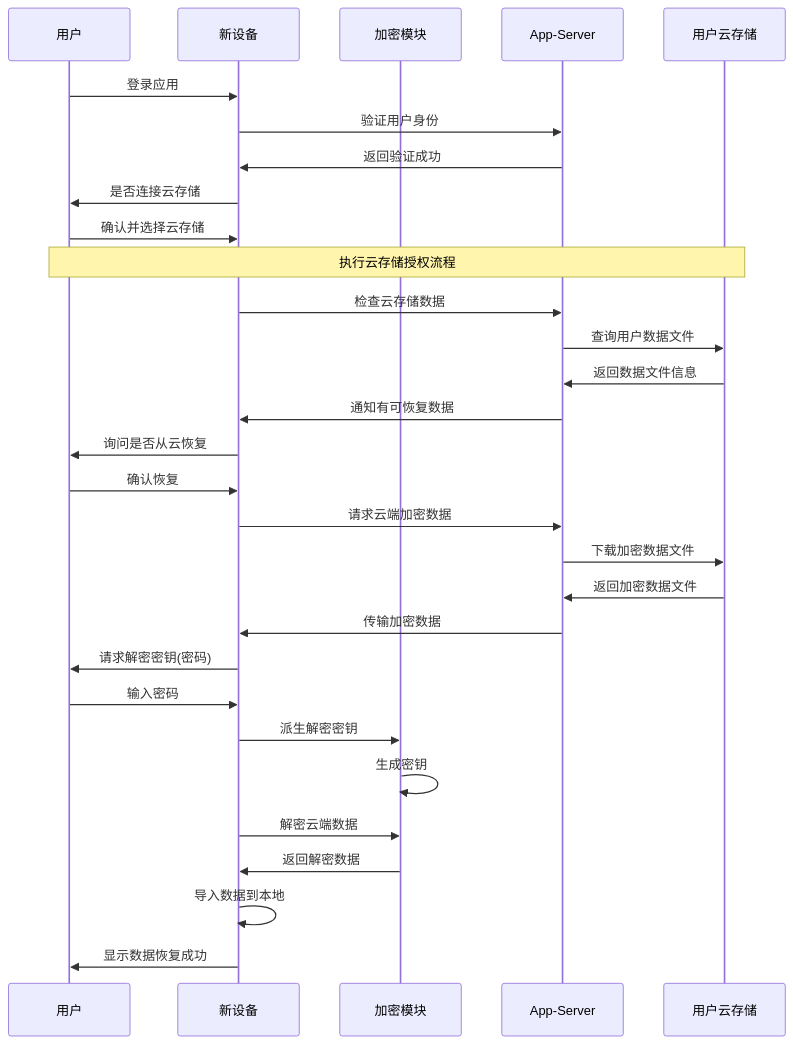
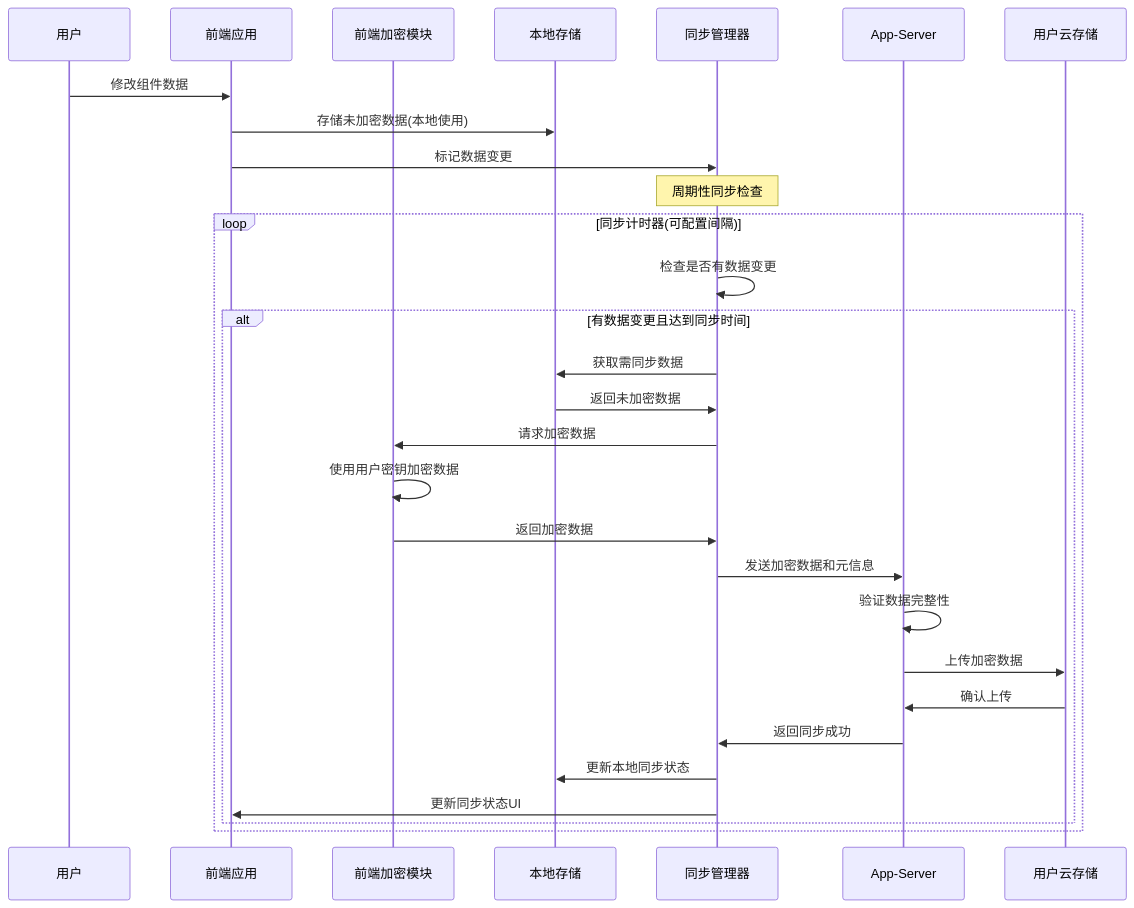
One commit to yingjianzh/iodraw-files changed the diagram in all/未命名-34.md. Above: the diagram before and after it, drawn with Mermaid.

Commit message:
2025-04-17 14:21:47 update

````diff
--- a/all/未命名-34.md
+++ b/all/未命名-34.md
@@ -1,40 +1,35 @@
 ```mermaid
 sequenceDiagram
     participant User as 用户
-    participant NewDevice as 新设备
-    participant CryptoM as 加密模块
+    participant Frontend as 前端应用
+    participant CryptoM as 前端加密模块
+    participant LocalDB as 本地存储
+    participant SyncM as 同步管理器
     participant AppServer as App-Server
     participant UserCloud as 用户云存储
     
-    User->>NewDevice: 登录应用
-    NewDevice->>AppServer: 验证用户身份
-    AppServer->>NewDevice: 返回验证成功
+    User->>Frontend: 修改组件数据
+    Frontend->>LocalDB: 存储未加密数据(本地使用)
+    Frontend->>SyncM: 标记数据变更
     
-    NewDevice->>User: 是否连接云存储
-    User->>NewDevice: 确认并选择云存储
+    note over SyncM: 周期性同步检查
     
-    note over User,UserCloud: 执行云存储授权流程
-    
-    NewDevice->>AppServer: 检查云存储数据
-    AppServer->>UserCloud: 查询用户数据文件
-    UserCloud->>AppServer: 返回数据文件信息
-    
-    AppServer->>NewDevice: 通知有可恢复数据
-    NewDevice->>User: 询问是否从云恢复
-    User->>NewDevice: 确认恢复
-    
-    NewDevice->>AppServer: 请求云端加密数据
-    AppServer->>UserCloud: 下载加密数据文件
-    UserCloud->>AppServer: 返回加密数据文件
-    AppServer->>NewDevice: 传输加密数据
-    
-    NewDevice->>User: 请求解密密钥(密码)
-    User->>NewDevice: 输入密码
-    NewDevice->>CryptoM: 派生解密密钥
-    CryptoM->>CryptoM: 生成密钥
-    
-    NewDevice->>CryptoM: 解密云端数据
-    CryptoM->>NewDevice: 返回解密数据
-    NewDevice->>NewDevice: 导入数据到本地
-    NewDevice->>User: 显示数据恢复成功
+    loop 同步计时器(可配置间隔)
+        SyncM->>SyncM: 检查是否有数据变更
+        
+        alt 有数据变更且达到同步时间
+            SyncM->>LocalDB: 获取需同步数据
+            LocalDB->>SyncM: 返回未加密数据
+            SyncM->>CryptoM: 请求加密数据
+            CryptoM->>CryptoM: 使用用户密钥加密数据
+            CryptoM->>SyncM: 返回加密数据
+            SyncM->>AppServer: 发送加密数据和元信息
+            AppServer->>AppServer: 验证数据完整性
+            AppServer->>UserCloud: 上传加密数据
+            UserCloud->>AppServer: 确认上传
+            AppServer->>SyncM: 返回同步成功
+            SyncM->>LocalDB: 更新本地同步状态
+            SyncM->>Frontend: 更新同步状态UI
+        end
+    end
 ```
````
